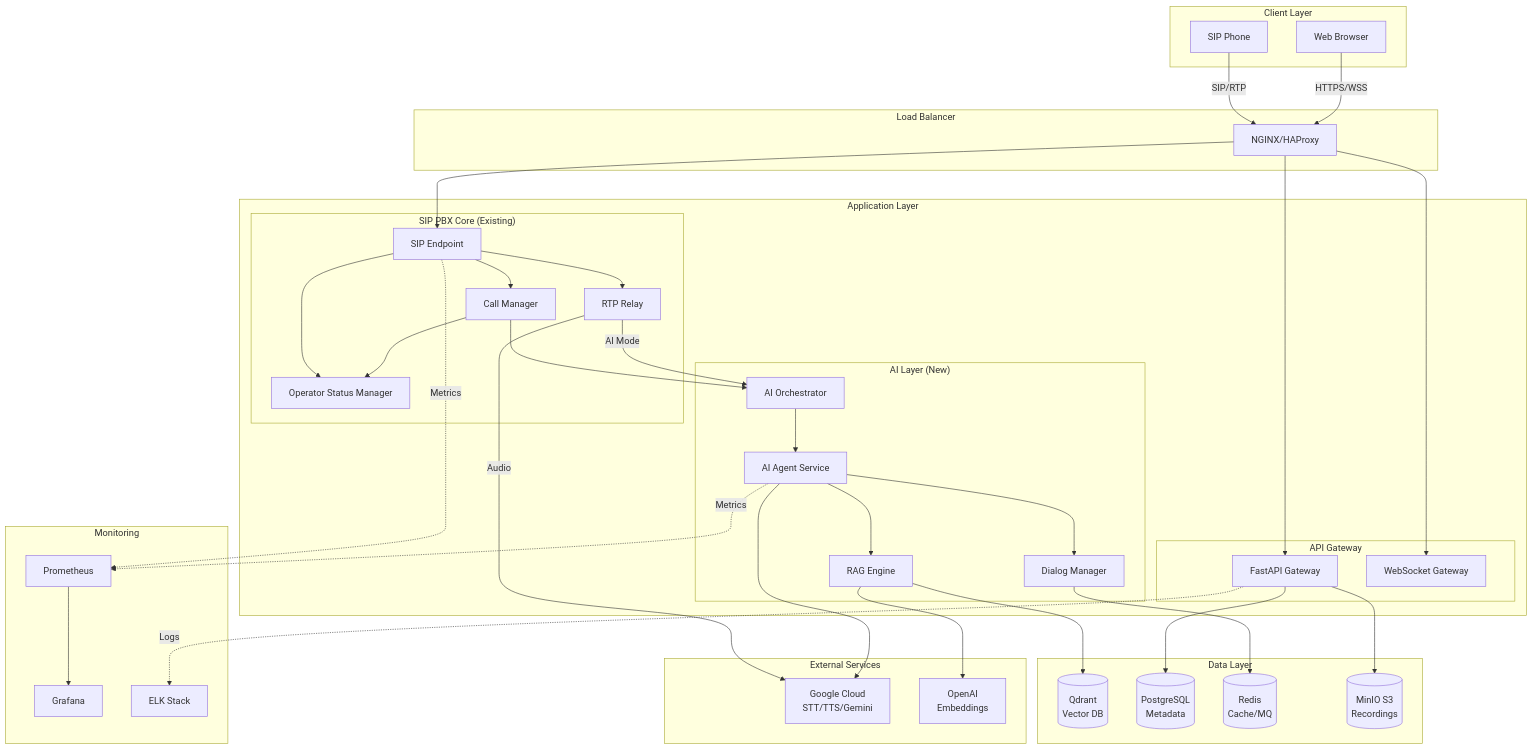
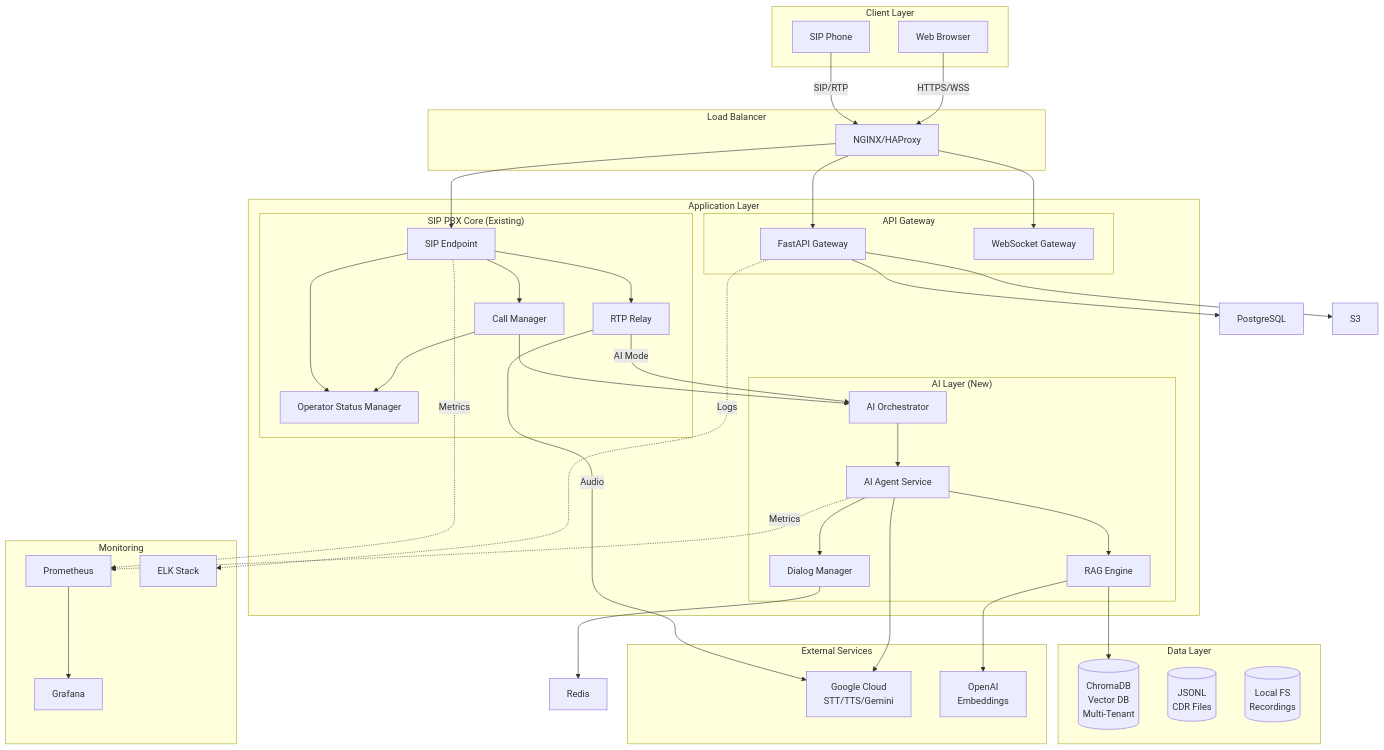
One commit to hak023/sip_pbx changed the first of 7 diagrams in docs/architecture/technical-architecture.md. Above: the diagram before and after it, drawn with Mermaid. The commit also changed other lines of this file and 420 other files, not shown here.

```diff
--- a/docs/architecture/technical-architecture.md
+++ b/docs/architecture/technical-architecture.md
@@ -97,10 +96,9 @@
     end
     
     subgraph "Data Layer"
-        VectorDB[(Qdrant<br/>Vector DB)]
-        PostgreSQL[(PostgreSQL<br/>Metadata)]
-        Redis[(Redis<br/>Cache/MQ)]
-        S3[(MinIO S3<br/>Recordings)]
+        VectorDB[(ChromaDB<br/>Vector DB<br/>Multi-Tenant)]
+        CDR[(JSONL<br/>CDR Files)]
+        Recordings[(Local FS<br/>Recordings)]
     end
     
     subgraph "External Services"
```
